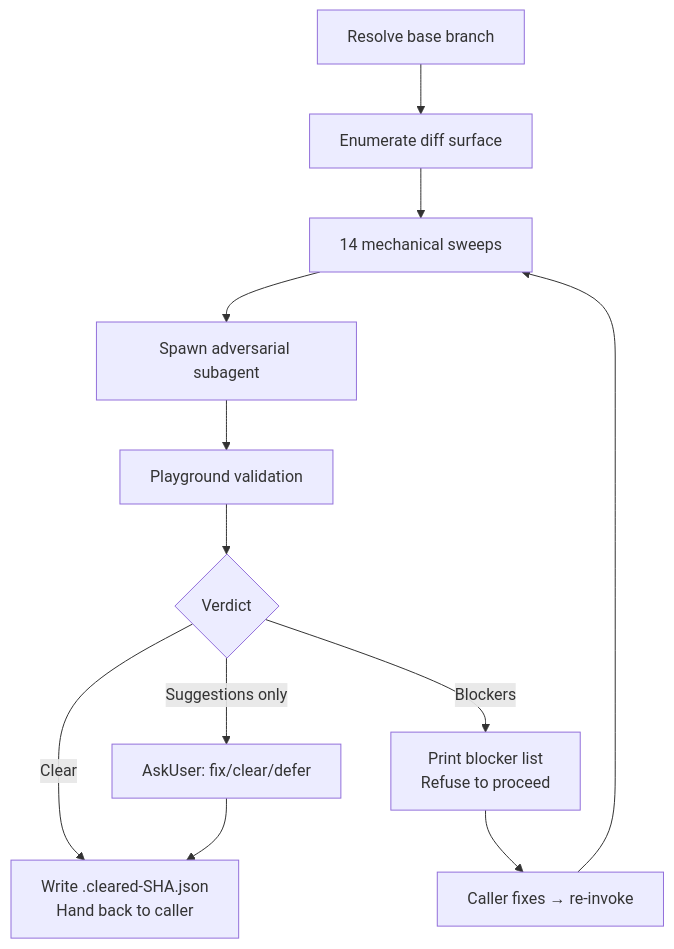
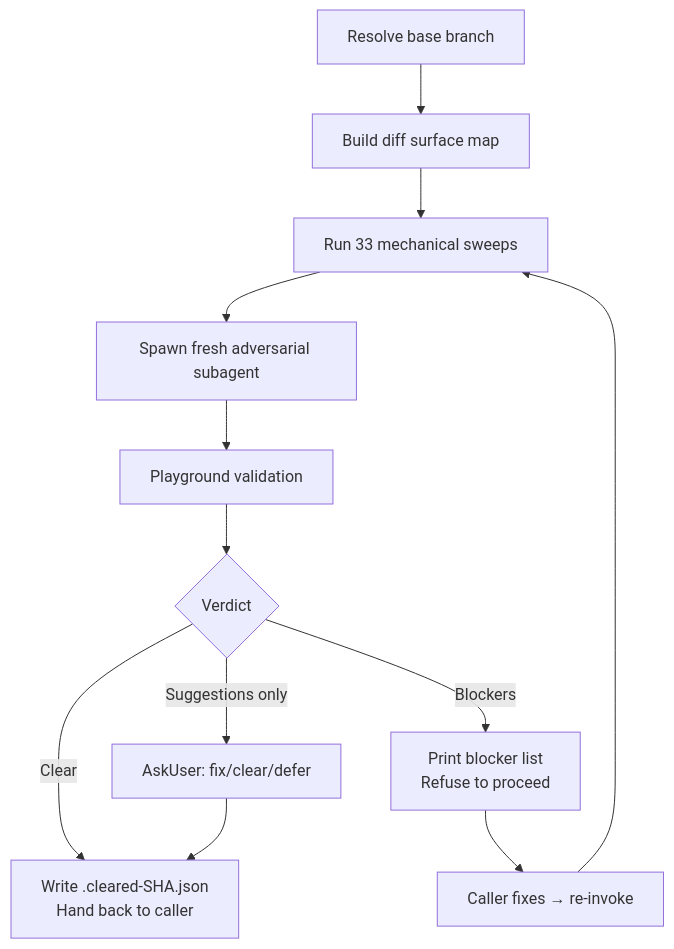
Before and after one commit to whizzzkid/skills: the diagram in skills/adversarial-review/README.md, drawn with Mermaid. The commit also changed other lines of this file and 2 other files, not shown here.

Commit message:
refactor(adversarial-review): ♻️ collapse sweeps into catalog
Compress the adversarial review skill into a concise sweep catalog while
preserving the 33 mechanical checks, subagent prompt, playground gate,
verdict contract, and fix-loop behavior.

````diff
--- a/skills/adversarial-review/README.md
+++ b/skills/adversarial-review/README.md
@@ -16,14 +16,14 @@
 ```mermaid
 flowchart TD
-    A[Resolve base branch] --> B[Enumerate diff surface]
-    B --> C[14 mechanical sweeps]
-    C --> D[Spawn adversarial subagent]
+    A[Resolve base branch] --> B[Build diff surface map]
+    B --> C[Run 33 mechanical sweeps]
+    C --> D[Spawn fresh adversarial subagent]
     D --> E[Playground validation]
     E --> F{Verdict}
     F -->|Clear| G[Write .cleared-SHA.json<br/>Hand back to caller]
     F -->|Blockers| H[Print blocker list<br/>Refuse to proceed]
     F -->|Suggestions only| I[AskUser: fix/clear/defer]
     H --> J[Caller fixes → re-invoke]
     J --> C
     I --> G
 ```
````
